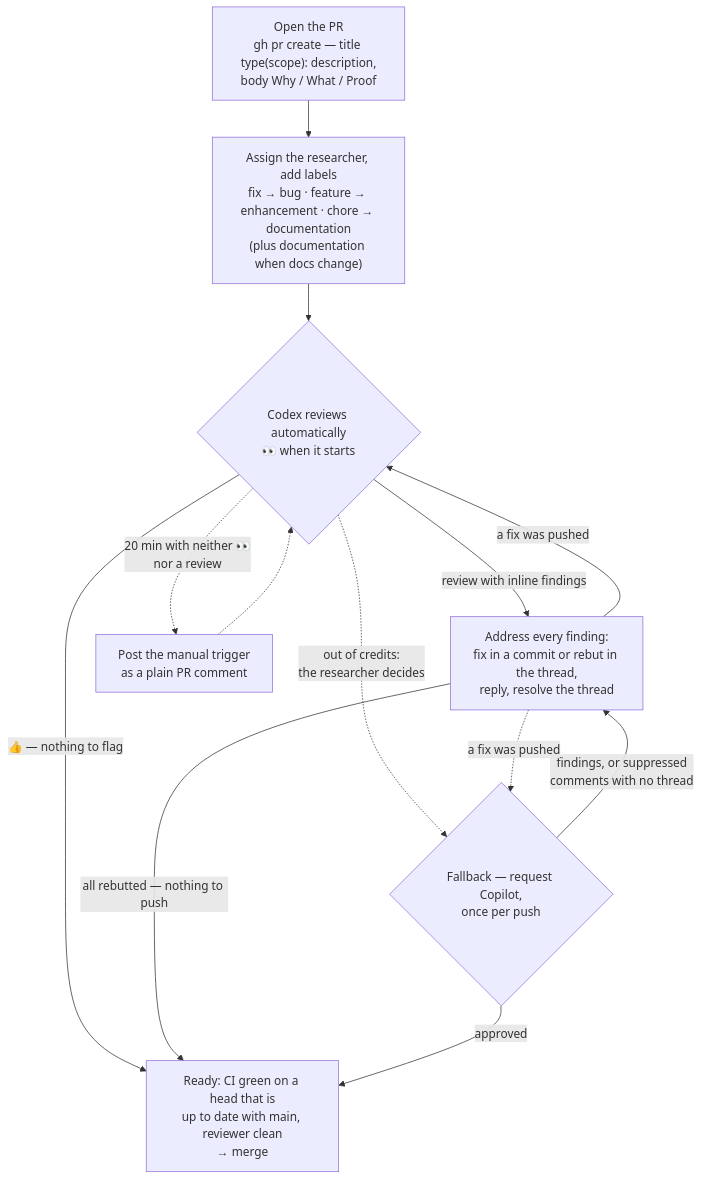
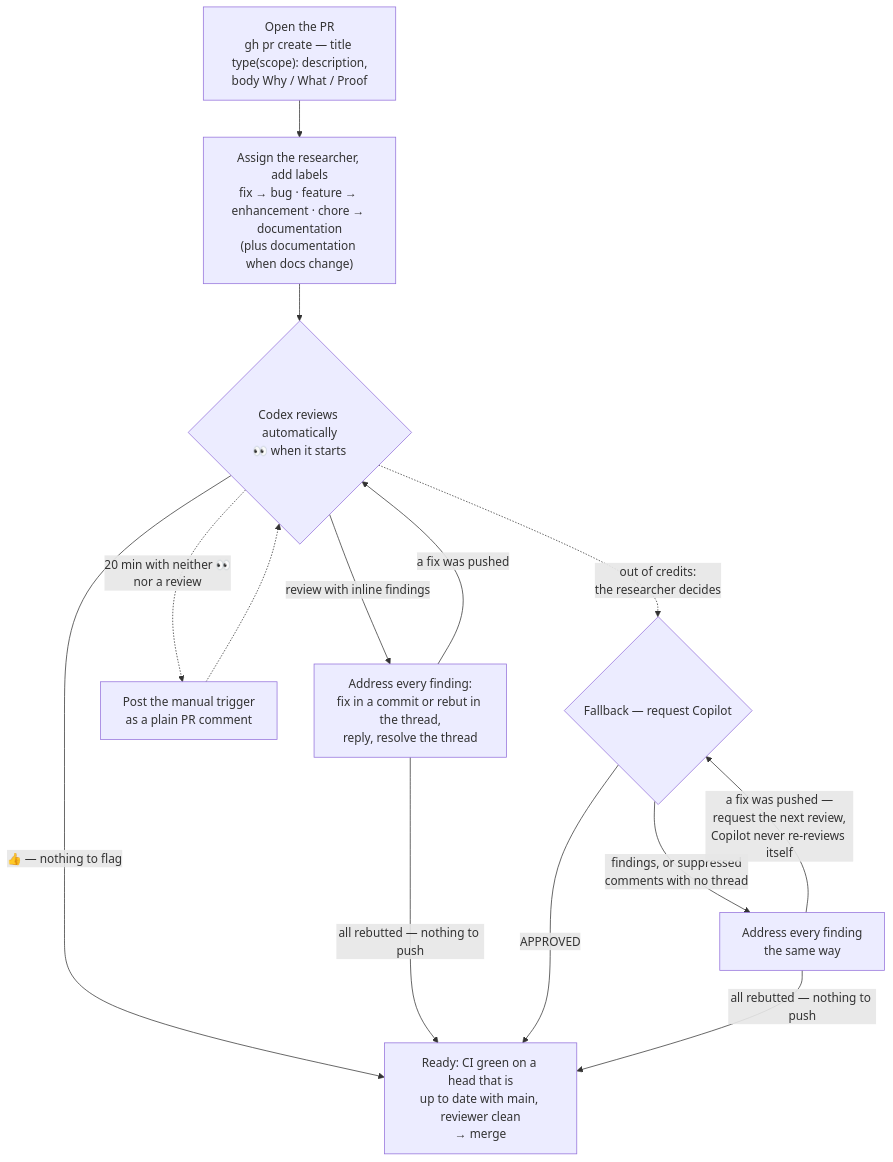
The diagram in docs/Development.md (hankehly/power-market-analytics), drawn with Mermaid before and after one commit. The commit also changed 1 other file, not shown here.

Commit message:
docs: complete the fallback loop's push and termination rules
The first commit added the Copilot fallback but left the shared loop
rules describing Codex only, so the fallback had no way to end:

- "Push if anything changed and wait for the automatic re-review" would
  stall for ever under Copilot, which never re-reviews by itself. The
  rule now branches: wait with Codex, request the next round with
  Copilot.
- The loop terminated on Codex's 👍 alone. Copilot signals a clean run
  with an APPROVED review, so a poll could receive the approval and never
  declare the PR ready. Both signals are now named.
- In the flowchart both reviewers fed one shared fix node, which then had
  "a fix was pushed" edges back to each of them — the diagram could route
  a Codex round to the fallback. The Copilot path now has its own fix
  node and no cross-edges, and its edge says to request the next review.

````diff
--- a/docs/Development.md
+++ b/docs/Development.md
@@ -71,16 +71,17 @@
 ```mermaid
 flowchart TD
     open["Open the PR<br/>gh pr create — title type(scope): description,<br/>body Why / What / Proof"]
     open --> meta["Assign the researcher, add labels<br/>fix → bug · feature → enhancement · chore → documentation<br/>(plus documentation when docs change)"]
     meta --> codex{"Codex reviews automatically<br/>👀 when it starts"}
     codex -->|"👍 — nothing to flag"| ready["Ready: CI green on a head that is<br/>up to date with main, reviewer clean<br/>→ merge"]
     codex -->|"review with inline findings"| fix["Address every finding:<br/>fix in a commit or rebut in the thread,<br/>reply, resolve the thread"]
     fix -->|"a fix was pushed"| codex
     fix -->|"all rebutted — nothing to push"| ready
     codex -.->|"20 min with neither 👀<br/>nor a review"| nudge["Post the manual trigger<br/>as a plain PR comment"]
     nudge -.-> codex
-    codex -.->|"out of credits:<br/>the researcher decides"| copilot{"Fallback — request Copilot,<br/>once per push"}
-    copilot -->|"approved"| ready
-    copilot -->|"findings, or suppressed<br/>comments with no thread"| fix
-    fix -.->|"a fix was pushed"| copilot
+    codex -.->|"out of credits:<br/>the researcher decides"| copilot{"Fallback — request Copilot"}
+    copilot -->|"APPROVED"| ready
+    copilot -->|"findings, or suppressed<br/>comments with no thread"| cpfix["Address every finding<br/>the same way"]
+    cpfix -->|"a fix was pushed —<br/>request the next review,<br/>Copilot never re-reviews itself"| copilot
+    cpfix -->|"all rebutted — nothing to push"| ready
 ```
````
